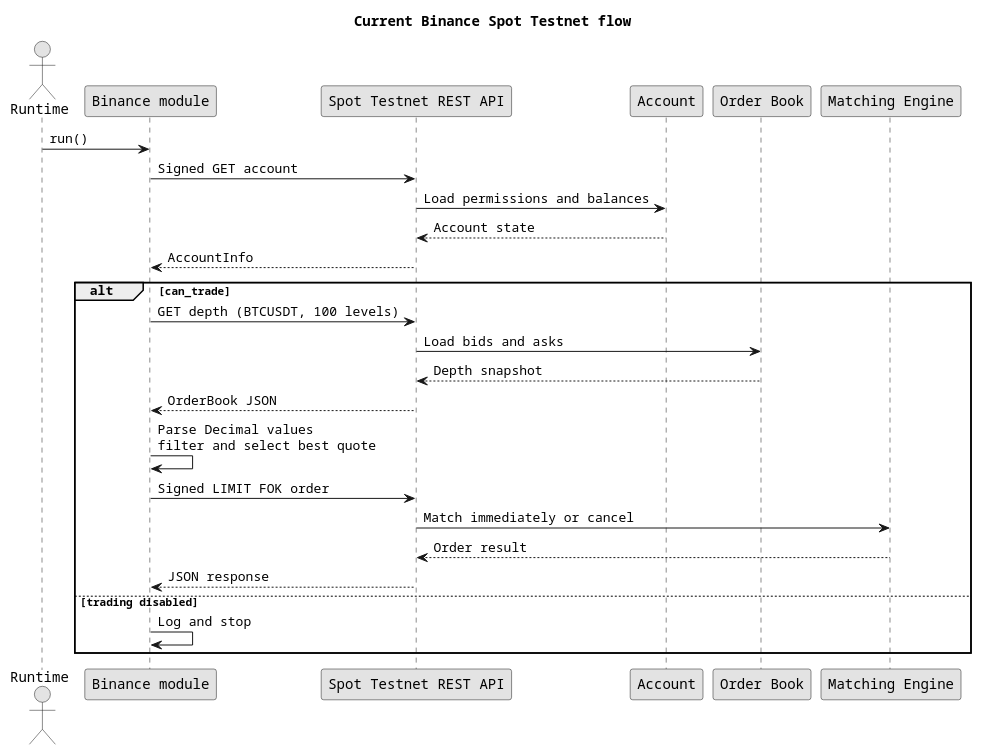
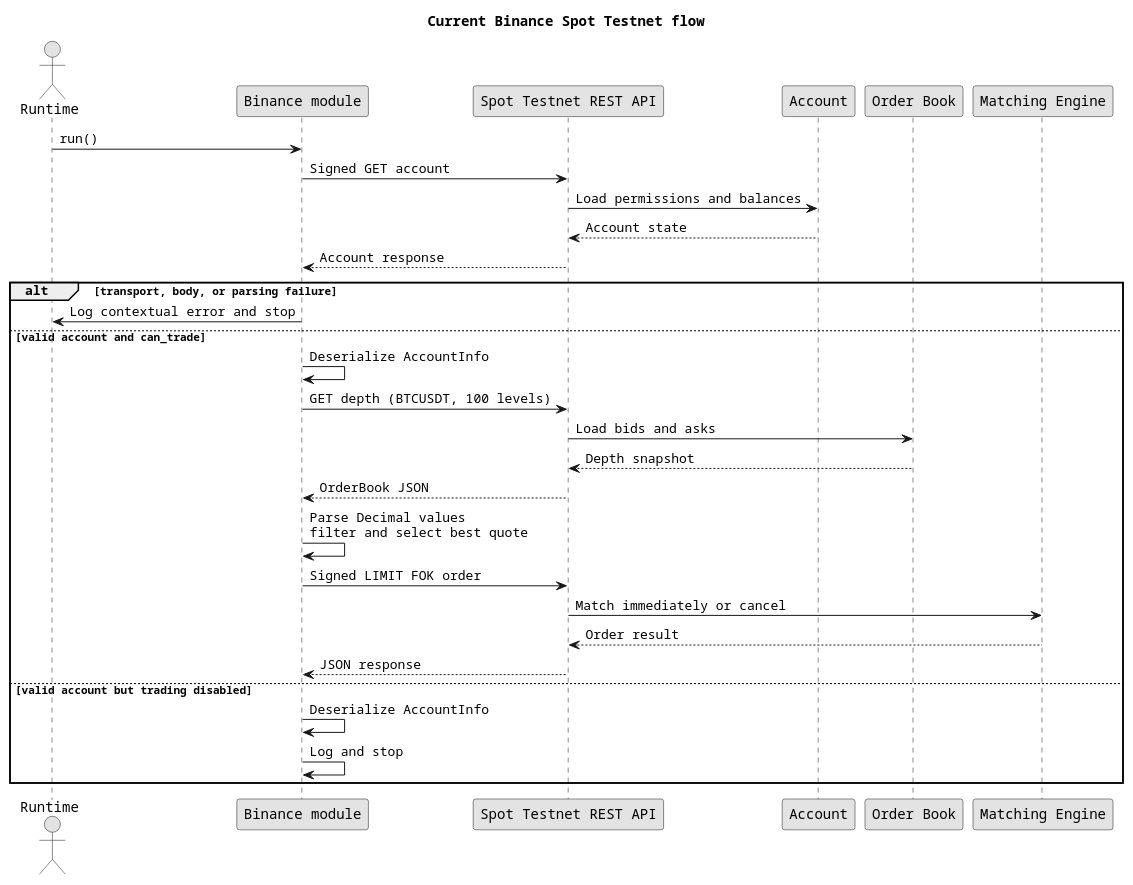
The diagram in docs/architecture/binance_spot_flow.puml (kuras120/CryptoArbitrage), drawn with PlantUML before and after one commit. The commit also changed 4 other files, not shown here.

```diff
--- a/docs/architecture/binance_spot_flow.puml
+++ b/docs/architecture/binance_spot_flow.puml
@@ -1,35 +1,39 @@
 @startuml BinanceSpotFlow
 title Current Binance Spot Testnet flow
 
 skinparam monochrome true
 skinparam defaultFontName Courier
 skinparam shadowing false
 
 actor "Runtime" as Runtime
 participant "Binance module" as Binance
 participant "Spot Testnet REST API" as API
 participant "Account" as Account
 participant "Order Book" as Book
 participant "Matching Engine" as Engine
 
 Runtime -> Binance : run()
 Binance -> API : Signed GET account
 API -> Account : Load permissions and balances
 Account --> API : Account state
-API --> Binance : AccountInfo
+API --> Binance : Account response
 
-alt can_trade
+alt transport, body, or parsing failure
+  Binance -> Runtime : Log contextual error and stop
+else valid account and can_trade
+  Binance -> Binance : Deserialize AccountInfo
   Binance -> API : GET depth (BTCUSDT, 100 levels)
   API -> Book : Load bids and asks
   Book --> API : Depth snapshot
   API --> Binance : OrderBook JSON
   Binance -> Binance : Parse Decimal values\nfilter and select best quote
   Binance -> API : Signed LIMIT FOK order
   API -> Engine : Match immediately or cancel
   Engine --> API : Order result
   API --> Binance : JSON response
-else trading disabled
+else valid account but trading disabled
+  Binance -> Binance : Deserialize AccountInfo
   Binance -> Binance : Log and stop
 end
 
 @enduml
```
